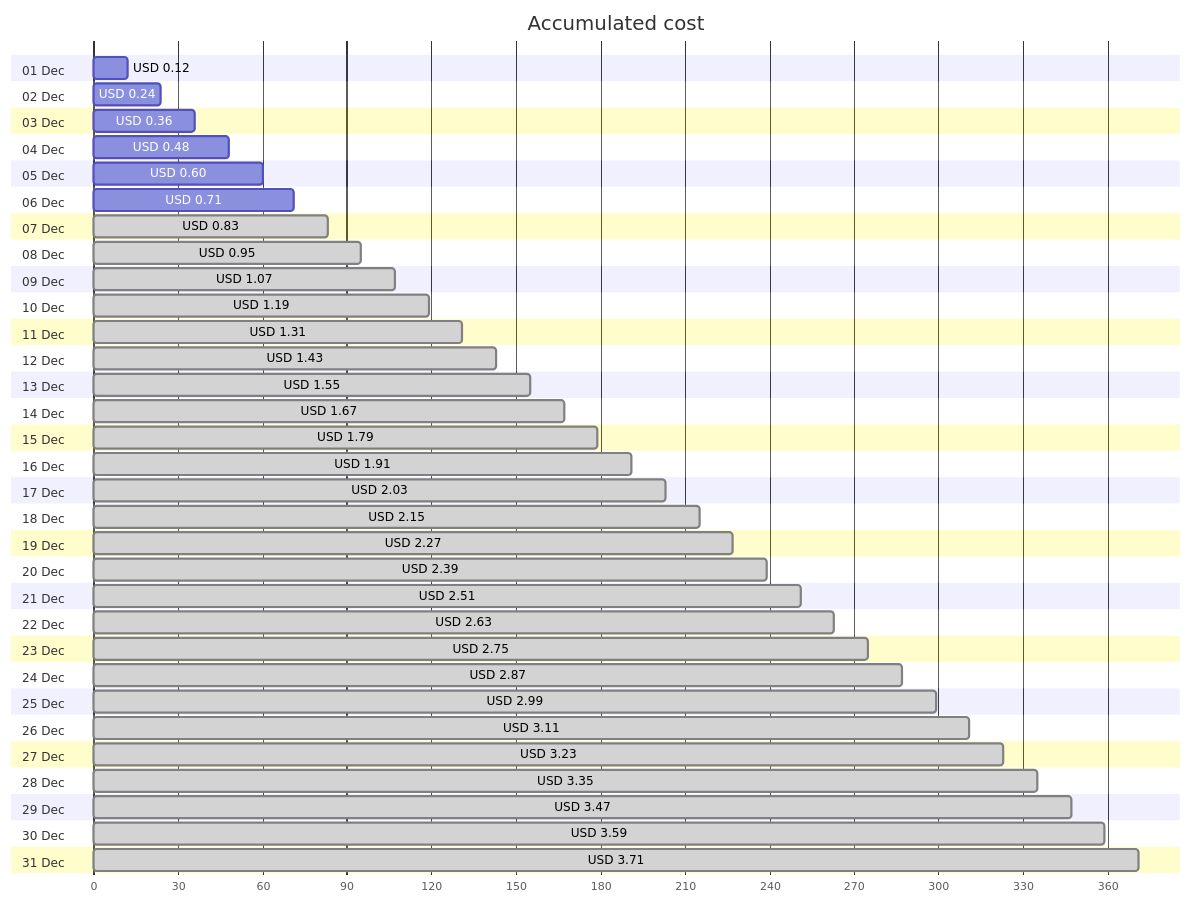
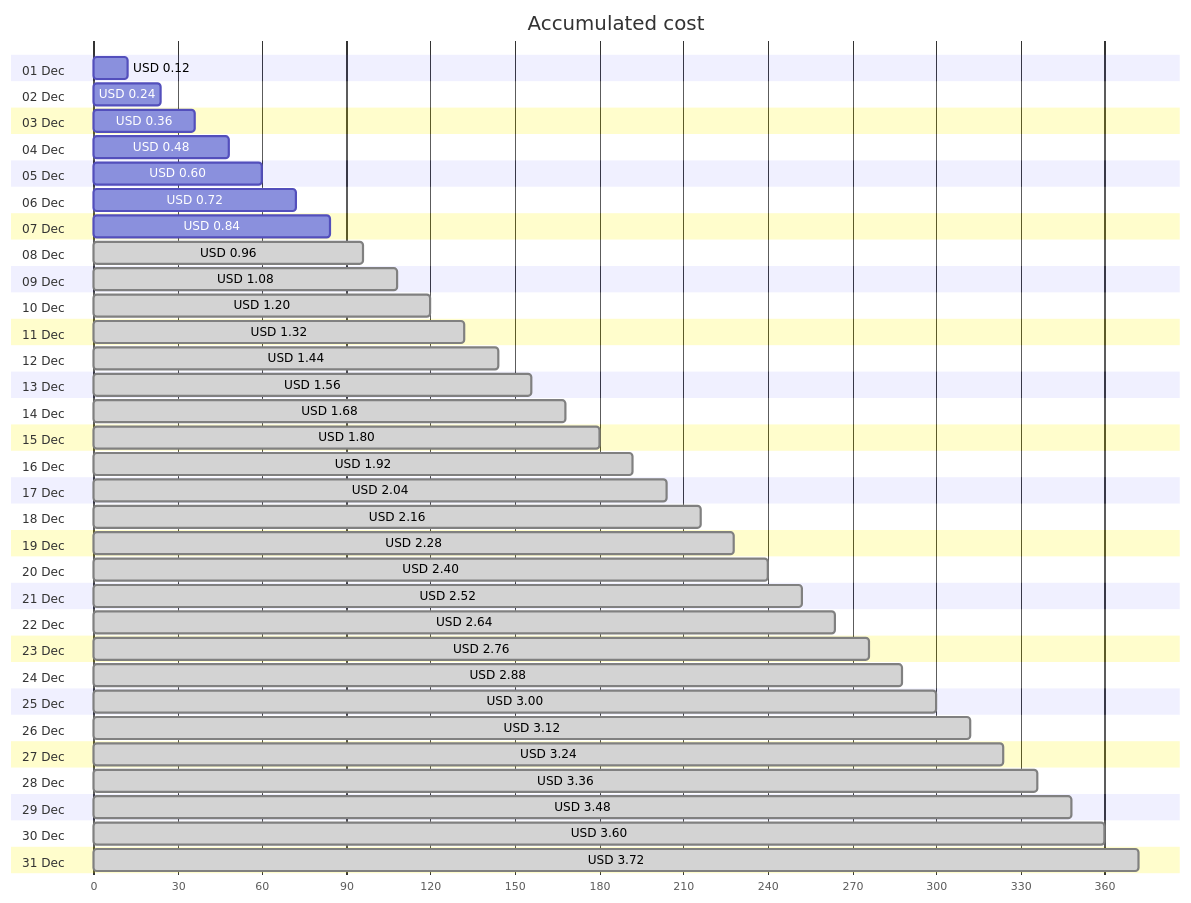
One commit to jpfulton/azure-personal-reports changed the first of 4 diagrams in cost-reports/personal-network/backup-server-public-ip.md. Above: the diagram before and after it, drawn with Mermaid. The commit also changed other lines of this file and 8 other files, not shown here.

````diff
--- a/cost-reports/personal-network/backup-server-public-ip.md
+++ b/cost-reports/personal-network/backup-server-public-ip.md
@@ -20,68 +20,68 @@
 ```mermaid
 gantt
    title Accumulated cost
    dateFormat  X
    axisFormat %s
    section 01 Dec
    USD 0.12 :0, 12
    section 02 Dec
    USD 0.24 :0, 24
    section 03 Dec
    USD 0.36 :0, 36
    section 04 Dec
    USD 0.48 :0, 48
    section 05 Dec
    USD 0.60 :0, 60
    section 06 Dec
-   USD 0.71 :0, 71
+   USD 0.72 :0, 72
    section 07 Dec
-   USD 0.83 : done, 0, 83
+   USD 0.84 :0, 84
    section 08 Dec
-   USD 0.95 : done, 0, 95
+   USD 0.96 : done, 0, 96
    section 09 Dec
-   USD 1.07 : done, 0, 107
+   USD 1.08 : done, 0, 108
    section 10 Dec
-   USD 1.19 : done, 0, 119
+   USD 1.20 : done, 0, 120
    section 11 Dec
-   USD 1.31 : done, 0, 131
+   USD 1.32 : done, 0, 132
    section 12 Dec
-   USD 1.43 : done, 0, 143
+   USD 1.44 : done, 0, 144
    section 13 Dec
-   USD 1.55 : done, 0, 155
+   USD 1.56 : done, 0, 156
    section 14 Dec
-   USD 1.67 : done, 0, 167
+   USD 1.68 : done, 0, 168
    section 15 Dec
-   USD 1.79 : done, 0, 179
+   USD 1.80 : done, 0, 180
    section 16 Dec
-   USD 1.91 : done, 0, 191
+   USD 1.92 : done, 0, 192
    section 17 Dec
-   USD 2.03 : done, 0, 203
+   USD 2.04 : done, 0, 204
    section 18 Dec
-   USD 2.15 : done, 0, 215
+   USD 2.16 : done, 0, 216
    section 19 Dec
-   USD 2.27 : done, 0, 227
+   USD 2.28 : done, 0, 228
    section 20 Dec
-   USD 2.39 : done, 0, 239
+   USD 2.40 : done, 0, 240
    section 21 Dec
-   USD 2.51 : done, 0, 251
+   USD 2.52 : done, 0, 252
    section 22 Dec
-   USD 2.63 : done, 0, 263
+   USD 2.64 : done, 0, 264
    section 23 Dec
-   USD 2.75 : done, 0, 275
+   USD 2.76 : done, 0, 276
    section 24 Dec
-   USD 2.87 : done, 0, 287
+   USD 2.88 : done, 0, 288
    section 25 Dec
-   USD 2.99 : done, 0, 299
+   USD 3.00 : done, 0, 300
    section 26 Dec
-   USD 3.11 : done, 0, 311
+   USD 3.12 : done, 0, 312
    section 27 Dec
-   USD 3.23 : done, 0, 323
+   USD 3.24 : done, 0, 324
    section 28 Dec
-   USD 3.35 : done, 0, 335
+   USD 3.36 : done, 0, 336
    section 29 Dec
-   USD 3.47 : done, 0, 347
+   USD 3.48 : done, 0, 348
    section 30 Dec
-   USD 3.59 : done, 0, 359
+   USD 3.60 : done, 0, 360
    section 31 Dec
-   USD 3.71 : done, 0, 371
+   USD 3.72 : done, 0, 372
 ```
````
